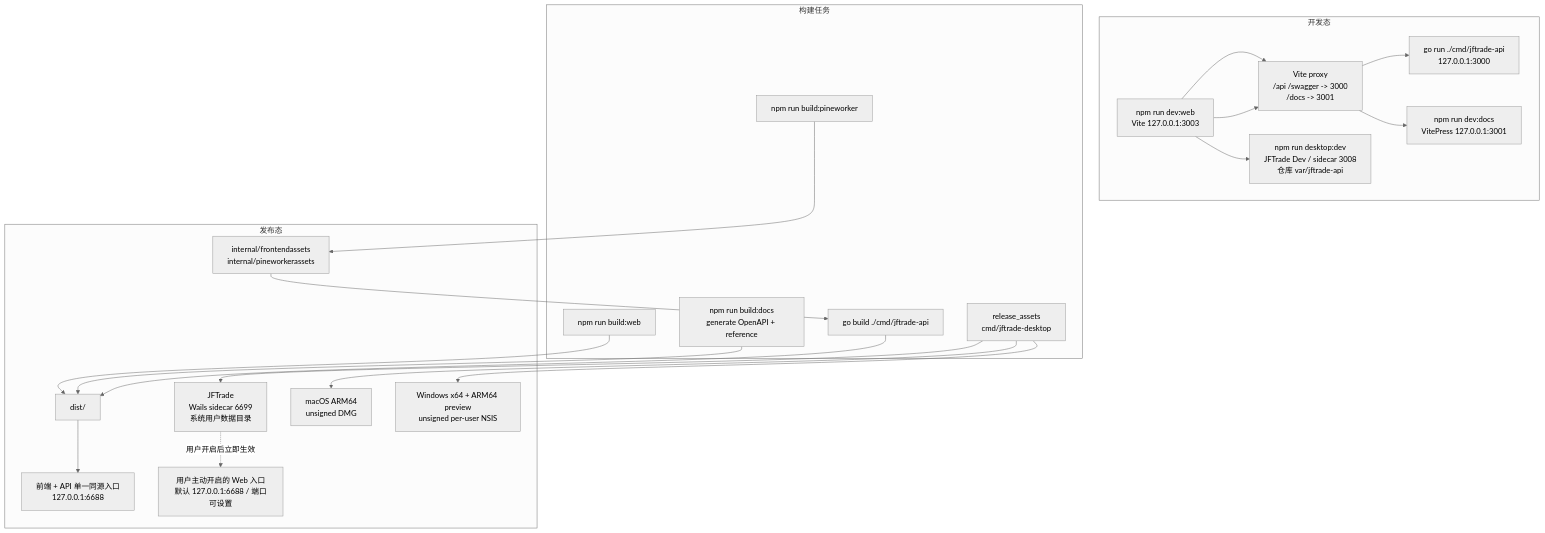
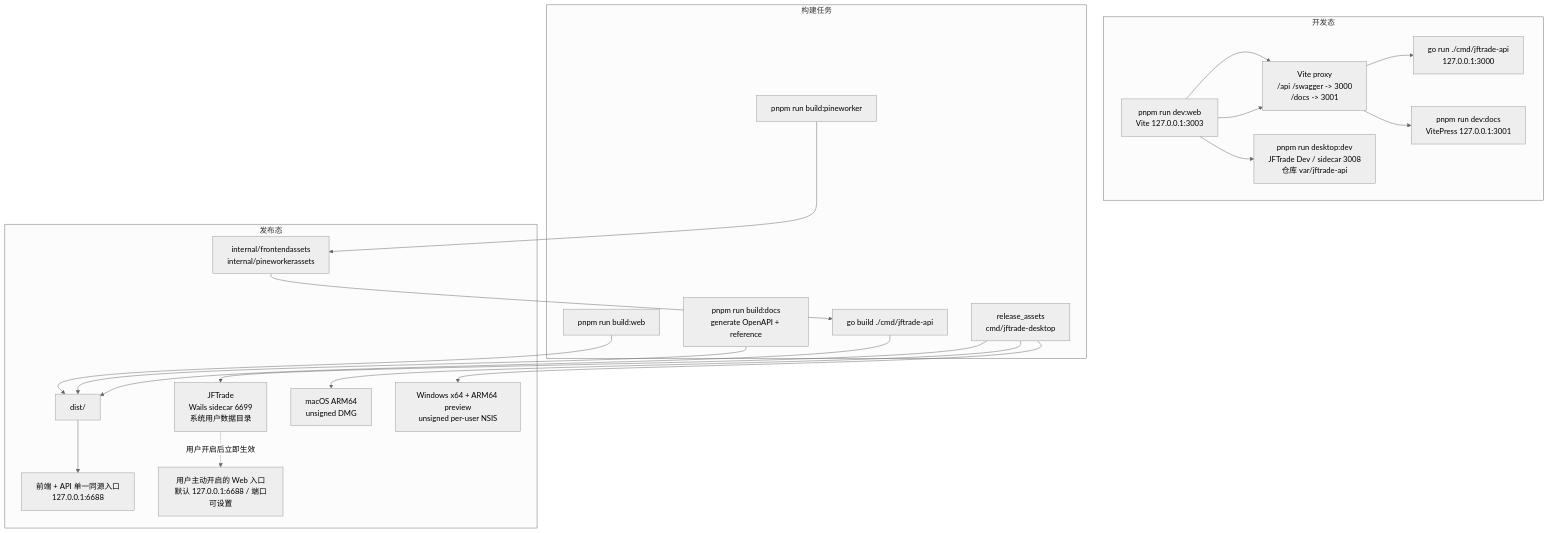
Before and after one commit to Dennishaha/JFTrade: the third of 3 diagrams in docs/architecture-mermaid.md, drawn with Mermaid (neutral theme). The commit also changed 50 other files, not shown here.

Commit message:
build: migrate workspaces to pnpm 11

````diff
--- a/docs/architecture-mermaid.md
+++ b/docs/architecture-mermaid.md
@@ -204,44 +204,44 @@
 ```mermaid
 flowchart TB
     subgraph Dev["开发态"]
         DevAPI["go run ./cmd/jftrade-api<br/>127.0.0.1:3000"]
-        DevWeb["npm run dev:web<br/>Vite 127.0.0.1:3003"]
-        DevDocs["npm run dev:docs<br/>VitePress 127.0.0.1:3001"]
+        DevWeb["pnpm run dev:web<br/>Vite 127.0.0.1:3003"]
+        DevDocs["pnpm run dev:docs<br/>VitePress 127.0.0.1:3001"]
         Proxy["Vite proxy<br/>/api /swagger -> 3000<br/>/docs -> 3001"]
-        DesktopDev["npm run desktop:dev<br/>JFTrade Dev / sidecar 3008<br/>仓库 var/jftrade-api"]
+        DesktopDev["pnpm run desktop:dev<br/>JFTrade Dev / sidecar 3008<br/>仓库 var/jftrade-api"]
     end
 
     subgraph Build["构建任务"]
-        BuildWeb["npm run build:web"]
-        BuildDocs["npm run build:docs<br/>generate OpenAPI + reference"]
-        BuildWorker["npm run build:pineworker"]
+        BuildWeb["pnpm run build:web"]
+        BuildDocs["pnpm run build:docs<br/>generate OpenAPI + reference"]
+        BuildWorker["pnpm run build:pineworker"]
         BuildAPI["go build ./cmd/jftrade-api"]
         BuildDesktop["release_assets<br/>cmd/jftrade-desktop"]
     end
 
     subgraph Release["发布态"]
         Dist["dist/"]
         GUI["前端 + API 单一同源入口<br/>127.0.0.1:6688"]
         EmbeddedAssets["internal/frontendassets<br/>internal/pineworkerassets"]
         DesktopProduct["JFTrade<br/>Wails sidecar 6699<br/>系统用户数据目录"]
         OptionalWeb["用户主动开启的 Web 入口<br/>默认 127.0.0.1:6688 / 端口可设置"]
         MacDMG["macOS ARM64<br/>unsigned DMG"]
         WinNSIS["Windows x64 + ARM64 preview<br/>unsigned per-user NSIS"]
     end
 
     DevWeb --> Proxy --> DevAPI
     DevWeb --> Proxy --> DevDocs
     DevWeb --> DesktopDev
 
     BuildWeb --> Dist
     BuildDocs --> Dist
     BuildWorker --> EmbeddedAssets
     BuildAPI --> Dist
     BuildDesktop --> MacDMG
     BuildDesktop --> WinNSIS
     BuildDesktop --> DesktopProduct
     DesktopProduct -. 用户开启后立即生效 .-> OptionalWeb
     EmbeddedAssets --> BuildAPI
 
     Dist --> GUI
 ```
````
